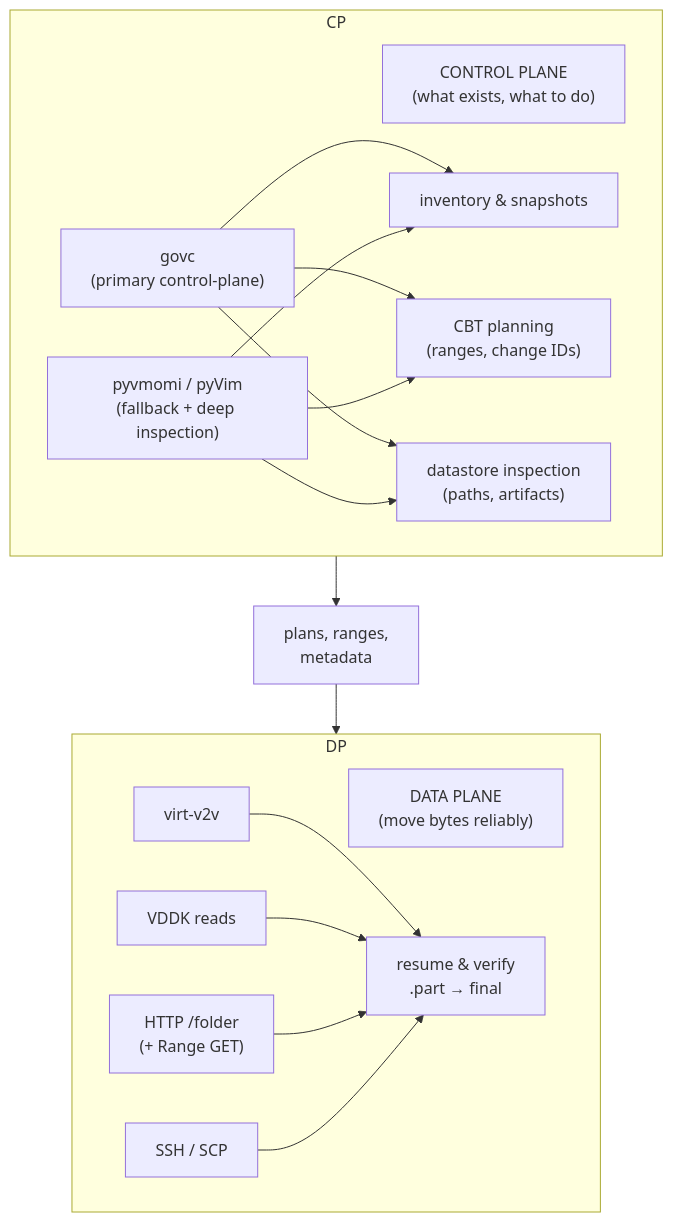
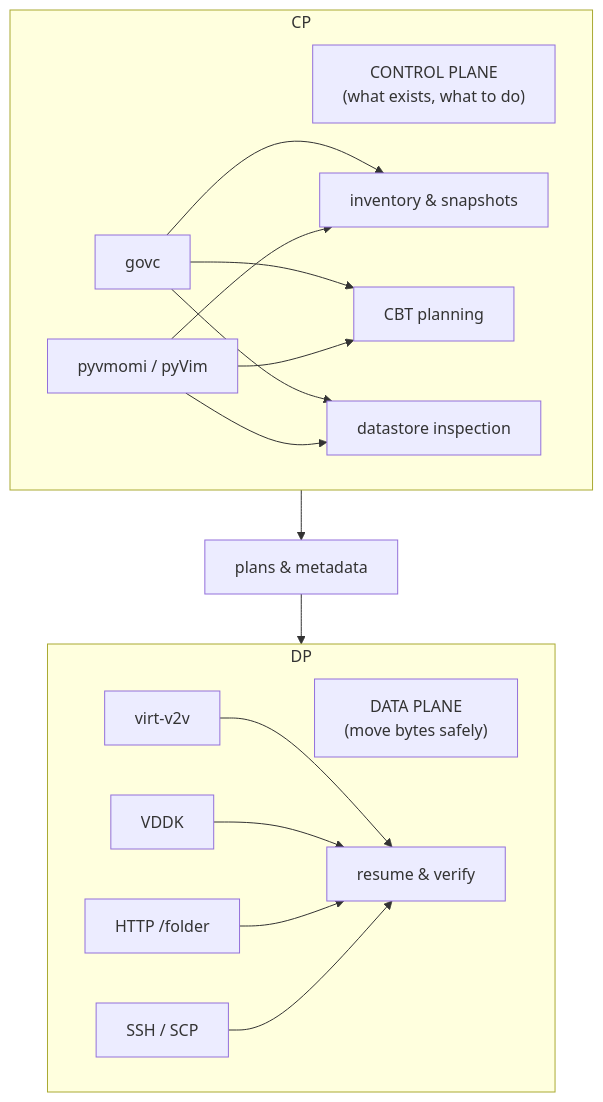
Before and after one commit to ssahani/hyper2kvm: the diagram in README.md, drawn with Mermaid. The commit also changed other lines of this file, not shown here.

`````diff
--- a/README.md
+++ b/README.md
@@ -154,37 +153,35 @@
 ```mermaid
 flowchart TB
-  %% GitHub-safe Mermaid
-
   subgraph CP
     CP_TITLE["CONTROL PLANE<br/>(what exists, what to do)"]
-    GOVC["govc<br/>(primary control-plane)"]
-    PYVM["pyvmomi / pyVim<br/>(fallback + deep inspection)"]
+    GOVC["govc"]
+    PYVM["pyvmomi / pyVim"]
     INV["inventory & snapshots"]
-    CBT["CBT planning<br/>(ranges, change IDs)"]
-    DS["datastore inspection<br/>(paths, artifacts)"]
+    CBT["CBT planning"]
+    DS["datastore inspection"]
 
     GOVC --> INV
     GOVC --> CBT
     GOVC --> DS
     PYVM --> INV
     PYVM --> CBT
     PYVM --> DS
   end
 
-  META["plans, ranges,<br/>metadata"]
+  META["plans & metadata"]
 
   subgraph DP
-    DP_TITLE["DATA PLANE<br/>(move bytes reliably)"]
+    DP_TITLE["DATA PLANE<br/>(move bytes safely)"]
     V2V["virt-v2v"]
-    VDDK["VDDK reads"]
-    HTTP["HTTP /folder<br/>(+ Range GET)"]
+    VDDK["VDDK"]
+    HTTP["HTTP /folder"]
     SSH["SSH / SCP"]
-    RESUME["resume & verify<br/>.part → final"]
+    RESUME["resume & verify"]
   end
 
   CP --> META --> DP
   V2V --> RESUME
   VDDK --> RESUME
   HTTP --> RESUME
   SSH --> RESUME
-````
+```
`````
